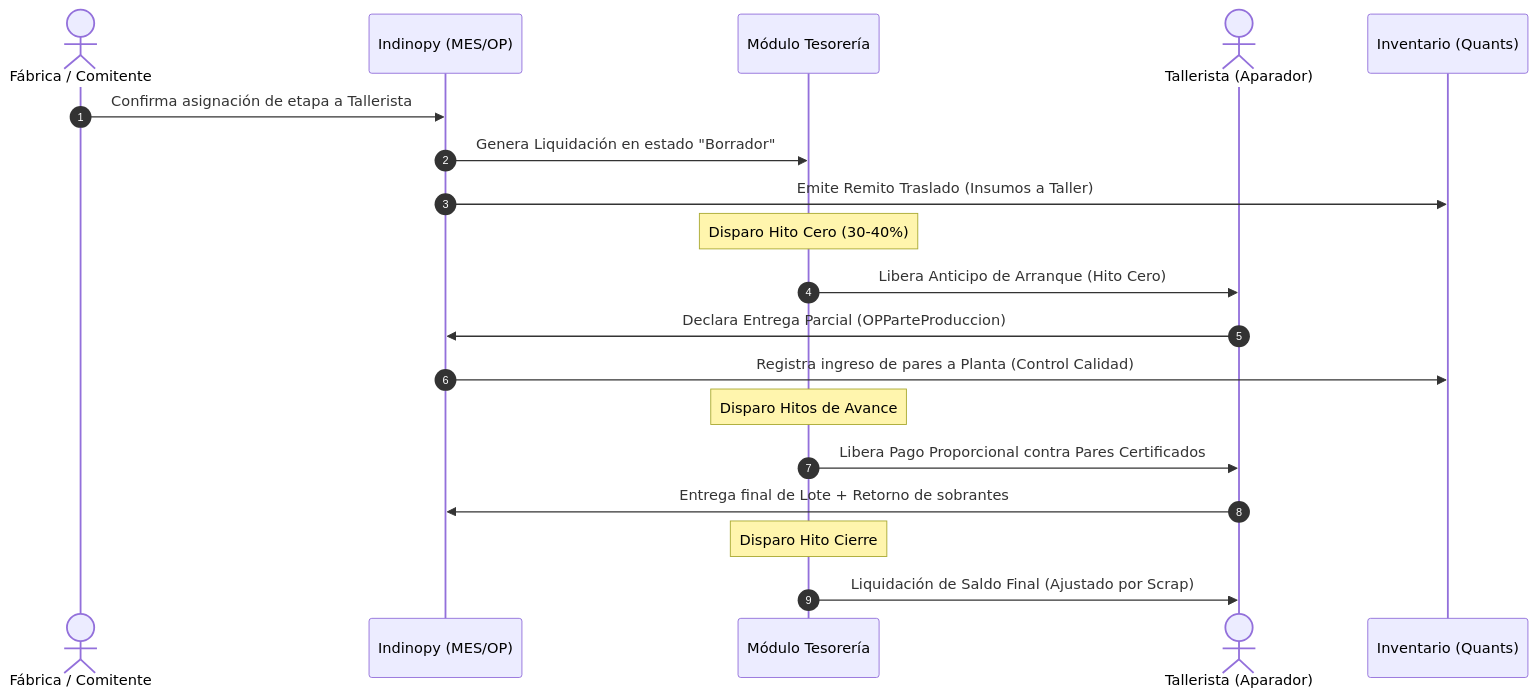
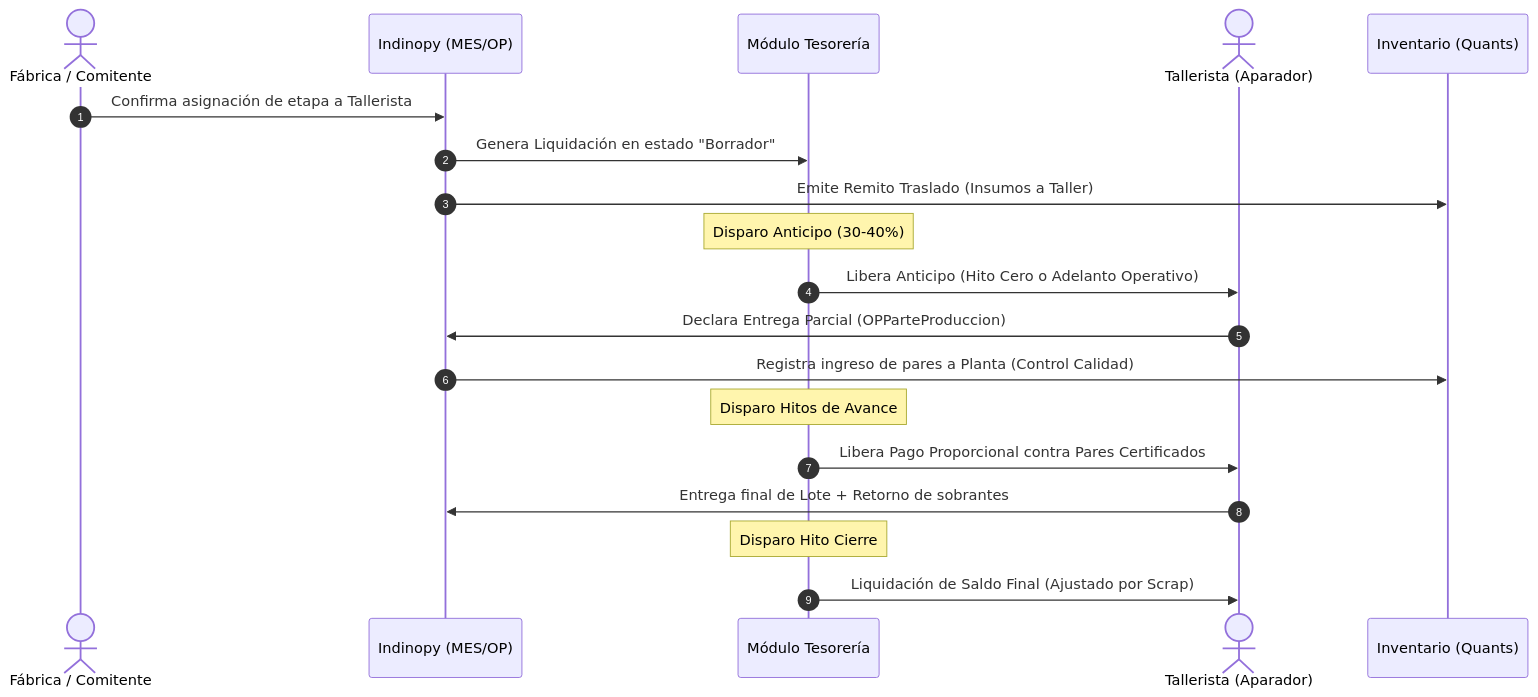
One commit to sarthouse/indinopy changed the second of 4 diagrams in docs/analisis_fimca_implementacion.md. Above: the diagram before and after it, drawn with Mermaid. The commit also changed other lines of this file and 7 other files, not shown here.

Commit message:
fix: cambios en la visualizacion, aclaracion de hito cero, renderizacion de pdf exportable

````diff
--- a/docs/analisis_fimca_implementacion.md
+++ b/docs/analisis_fimca_implementacion.md
@@ -205,22 +205,22 @@
 ```mermaid
 sequenceDiagram
     autonumber
     actor Adm as Fábrica / Comitente
     participant OP as Indinopy (MES/OP)
     participant Tes as Módulo Tesorería
     actor Tal as Tallerista (Aparador)
     participant Inv as Inventario (Quants)
 
     Adm->>OP: Confirma asignación de etapa a Tallerista
     OP->>Tes: Genera Liquidación en estado "Borrador"
     OP->>Inv: Emite Remito Traslado (Insumos a Taller)
-    Note over Tes: Disparo Hito Cero (30-40%)
-    Tes->>Tal: Libera Anticipo de Arranque (Hito Cero)
+    Note over Tes: Disparo Anticipo (30-40%)
+    Tes->>Tal: Libera Anticipo (Hito Cero o Adelanto Operativo)
     Tal->>OP: Declara Entrega Parcial (OPParteProduccion)
     OP->>Inv: Registra ingreso de pares a Planta (Control Calidad)
     Note over Tes: Disparo Hitos de Avance
     Tes->>Tal: Libera Pago Proporcional contra Pares Certificados
     Tal->>OP: Entrega final de Lote + Retorno de sobrantes
     Note over Tes: Disparo Hito Cierre
     Tes->>Tal: Liquidación de Saldo Final (Ajustado por Scrap)
 ```
````
